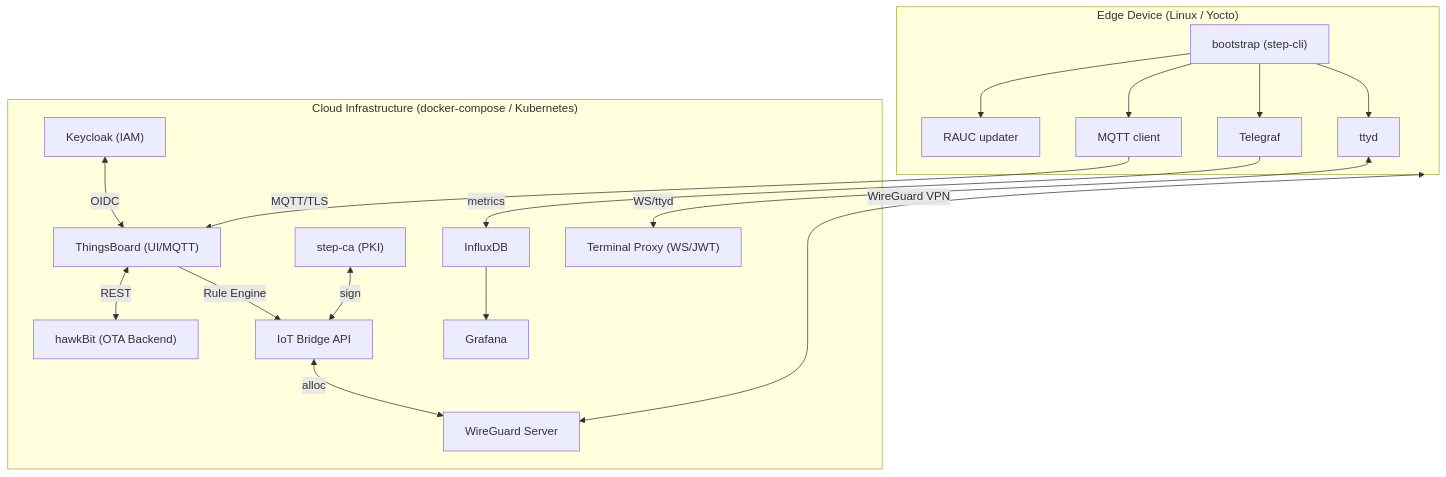
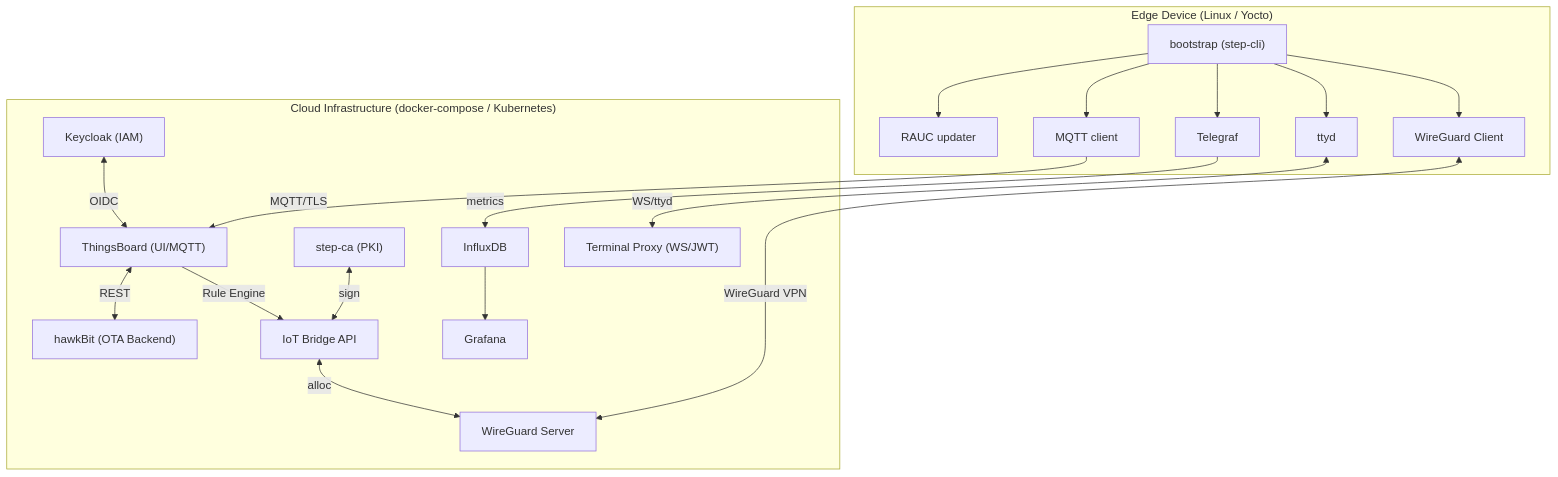
Before and after one commit to the78mole/complete-device-management: the diagram in README.md, drawn with Mermaid.

Commit message:
Fix Mermaid diagram error in README: replace subgraph-as-node with WGC node

````diff
--- a/README.md
+++ b/README.md
@@ -29,39 +29,41 @@
 ```mermaid
 graph TB
     subgraph cloud["Cloud Infrastructure (docker-compose / Kubernetes)"]
         KC["Keycloak (IAM)"]
         TB["ThingsBoard (UI/MQTT)"]
         HB["hawkBit (OTA Backend)"]
         SCA["step-ca (PKI)"]
         IBA["IoT Bridge API"]
         WGS["WireGuard Server"]
         IDB[InfluxDB]
         GRF[Grafana]
         TXP["Terminal Proxy (WS/JWT)"]
 
         KC <-->|OIDC| TB
         TB <-->|REST| HB
         TB -->|Rule Engine| IBA
         SCA <-->|sign| IBA
         IBA <-->|alloc| WGS
         IDB --> GRF
     end
 
     subgraph edge["Edge Device (Linux / Yocto)"]
         BST["bootstrap (step-cli)"]
         UPD[RAUC updater]
         TLG[Telegraf]
         MQC[MQTT client]
         TTD[ttyd]
+        WGC[WireGuard Client]
 
         BST --> UPD
         BST --> TLG
         BST --> MQC
         BST --> TTD
+        BST --> WGC
     end
 
     MQC -->|MQTT/TLS| TB
     TLG -->|metrics| IDB
     TTD <-->|WS/ttyd| TXP
-    edge <-->|WireGuard VPN| WGS
+    WGC <-->|WireGuard VPN| WGS
 ```
````
